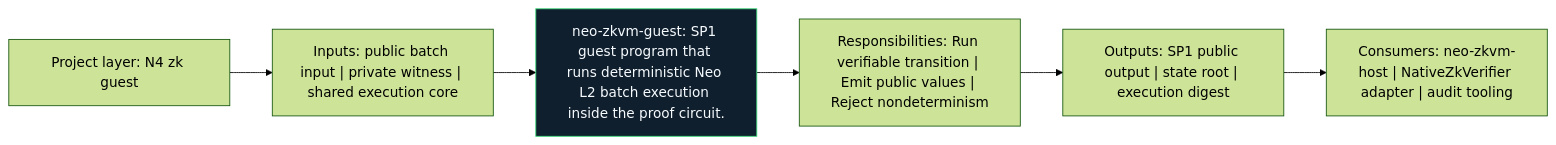
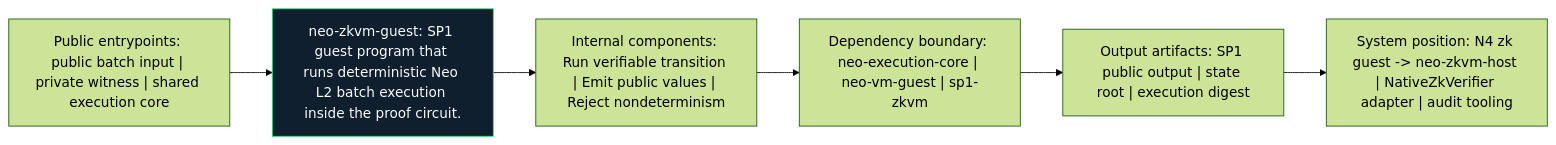
Before and after one commit to r3e-network/neo-n4: the diagram in bridge/neo-zkvm-guest/docs/figures/architecture.mmd, drawn with Mermaid (forest theme). The commit also changed 129 other files, not shown here.

```diff
--- a/bridge/neo-zkvm-guest/docs/figures/architecture.mmd
+++ b/bridge/neo-zkvm-guest/docs/figures/architecture.mmd
@@ -1,14 +1,14 @@
 flowchart LR
-    N1["Project layer: N4 zk guest"]
-    N2["Inputs: public batch input | private witness | shared execution core"]
-    N3["neo-zkvm-guest: SP1 guest program that runs deterministic Neo L2 batch execution inside the proof circuit."]
-    N4["Responsibilities: Run verifiable transition | Emit public values | Reject nondeterminism"]
-    N5["Outputs: SP1 public output | state root | execution digest"]
-    N6["Consumers: neo-zkvm-host | NativeZkVerifier adapter | audit tooling"]
+    N1["Public entrypoints: public batch input | private witness | shared execution core"]
+    N2["neo-zkvm-guest: SP1 guest program that runs deterministic Neo L2 batch execution inside the proof circuit."]
+    N3["Internal components: Run verifiable transition | Emit public values | Reject nondeterminism"]
+    N4["Dependency boundary: neo-execution-core | neo-vm-guest | sp1-zkvm"]
+    N5["Output artifacts: SP1 public output | state root | execution digest"]
+    N6["System position: N4 zk guest -> neo-zkvm-host | NativeZkVerifier adapter | audit tooling"]
     N1 --> N2
     N2 --> N3
     N3 --> N4
     N4 --> N5
     N5 --> N6
     classDef crate fill:#101f2d,stroke:#38d978,color:#f6fbff
-    class N3 crate
+    class N2 crate
```
